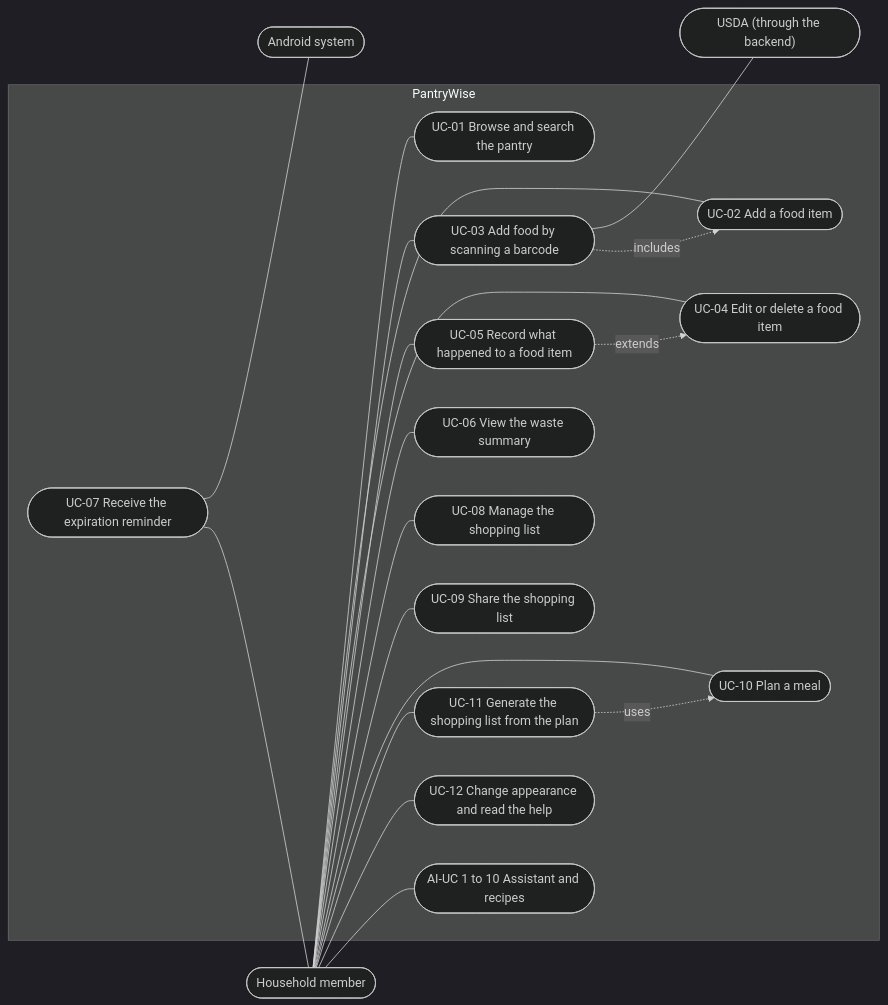
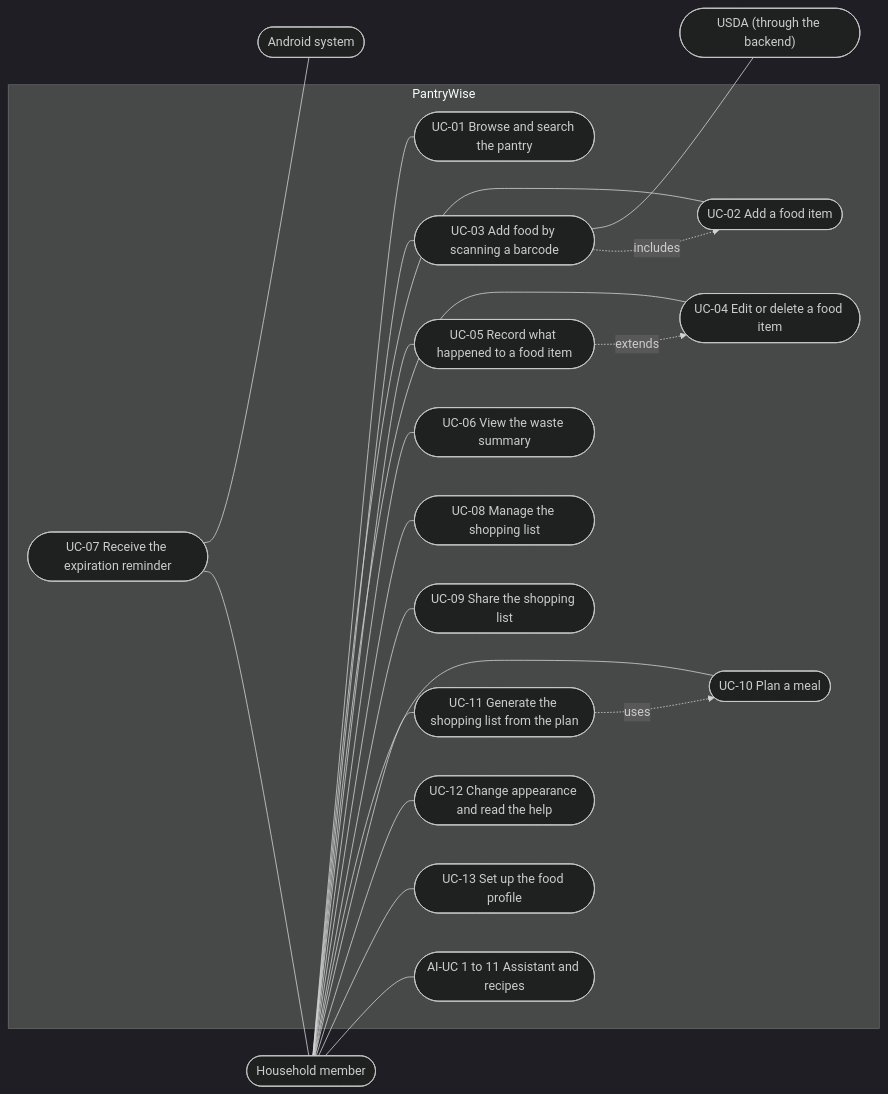
The diagram in docs/diagrams/src/01-specification-01.mmd (HZohra/PantryWise-Group-Project), drawn with Mermaid (dark theme) before and after one commit. The commit also changed 28 other files, not shown here.

First line of the commit message:
Update documentation for the food profile PR and show it before the permission dialog

```diff
--- a/docs/diagrams/src/01-specification-01.mmd
+++ b/docs/diagrams/src/01-specification-01.mmd
@@ -1,37 +1,39 @@
 flowchart LR
     user(["Household member"])
     sys(["Android system"])
     usda(["USDA (through the backend)"])
     subgraph app["PantryWise"]
         uc1(["UC-01 Browse and search the pantry"])
         uc2(["UC-02 Add a food item"])
         uc3(["UC-03 Add food by scanning a barcode"])
         uc4(["UC-04 Edit or delete a food item"])
         uc5(["UC-05 Record what happened to a food item"])
         uc6(["UC-06 View the waste summary"])
         uc7(["UC-07 Receive the expiration reminder"])
         uc8(["UC-08 Manage the shopping list"])
         uc9(["UC-09 Share the shopping list"])
         uc10(["UC-10 Plan a meal"])
         uc11(["UC-11 Generate the shopping list from the plan"])
         uc12(["UC-12 Change appearance and read the help"])
-        ai(["AI-UC 1 to 10 Assistant and recipes"])
+        uc13(["UC-13 Set up the food profile"])
+        ai(["AI-UC 1 to 11 Assistant and recipes"])
     end
     user --- uc1
     user --- uc2
     user --- uc3
     user --- uc4
     user --- uc5
     user --- uc6
     user --- uc8
     user --- uc9
     user --- uc10
     user --- uc11
     user --- uc12
+    user --- uc13
     user --- ai
     uc7 --- sys
     uc7 --- user
     uc3 --- usda
     uc3 -. "includes" .-> uc2
     uc11 -. "uses" .-> uc10
     uc5 -. "extends" .-> uc4
```
